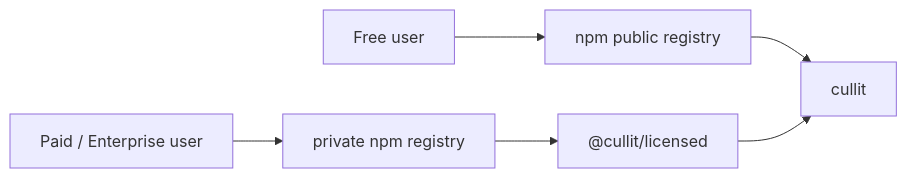
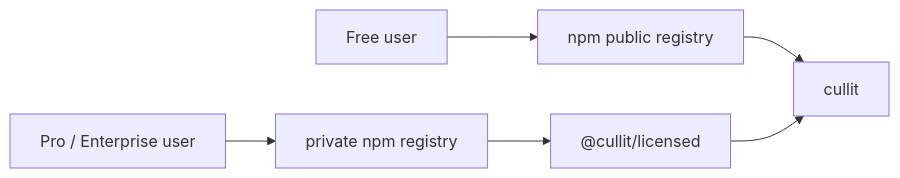
One commit to actions-marketplace-validations/mttaylor_cullit changed the second of 6 diagrams in architecture-docs/ARCHITECTURE_INTERNAL.md. Above: the diagram before and after it, drawn with Mermaid. The commit also changed other lines of this file and 14 other files, not shown here.

First line of the commit message:
docs: rename Paid tier to Pro and update pricing to $9/seat/month

````diff
--- a/architecture-docs/ARCHITECTURE_INTERNAL.md
+++ b/architecture-docs/ARCHITECTURE_INTERNAL.md
@@ -40,13 +40,13 @@
 ```mermaid
 flowchart LR
   PublicUser["Free user"]
-  PaidUser["Paid / Enterprise user"]
+  PaidUser["Pro / Enterprise user"]
   NpmPublic["npm public registry"]
   NpmPrivate["private npm registry"]
   PublicPkg["cullit"]
   LicensedPkg["@cullit/licensed"]
 
   PublicUser --> NpmPublic --> PublicPkg
   PaidUser --> NpmPrivate --> LicensedPkg
   LicensedPkg --> PublicPkg
 ```
````
